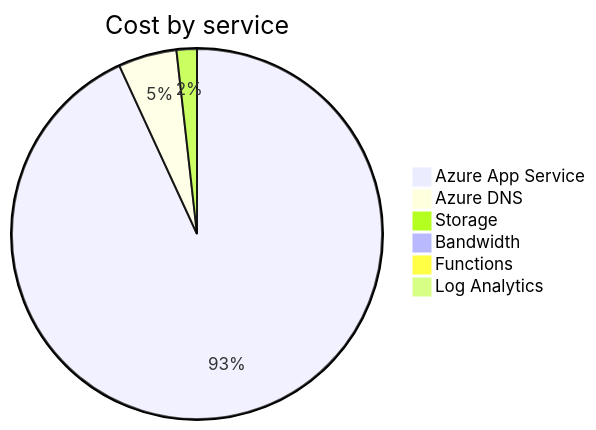
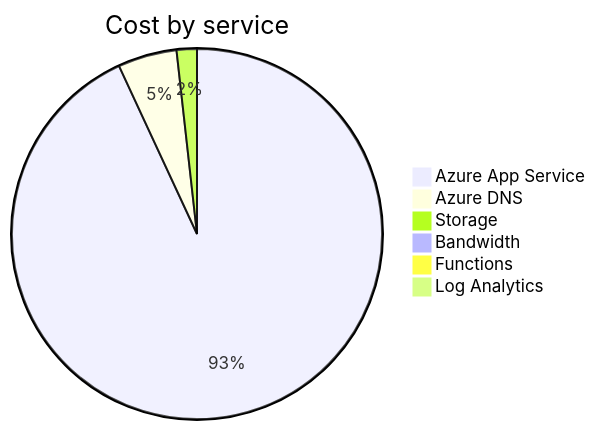
One commit to jpfulton/azure-personal-reports changed the second of 4 diagrams in cost-reports/accumulated-cost.md. Above: the diagram before and after it, drawn with Mermaid. The commit also changed other lines of this file and 4 other files, not shown here.

````diff
--- a/cost-reports/accumulated-cost.md
+++ b/cost-reports/accumulated-cost.md
@@ -100,10 +100,10 @@
 ```mermaid
 pie
    title Cost by service
-   "Azure App Service" : 16.77
-   "Azure DNS" : 0.92
-   "Storage" : 0.32
+   "Azure App Service" : 17.36
+   "Azure DNS" : 0.96
+   "Storage" : 0.33
    "Bandwidth" : 0.00
    "Functions" : 0.00
    "Log Analytics" : 0.00
 ```
````
